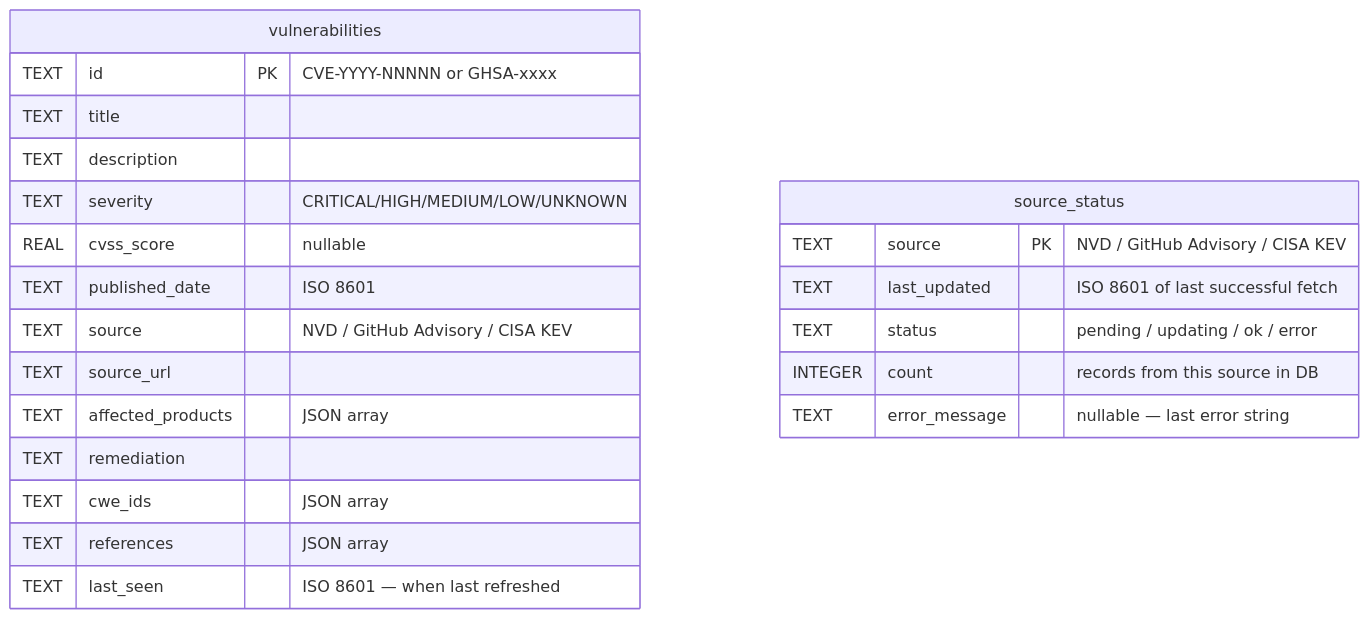
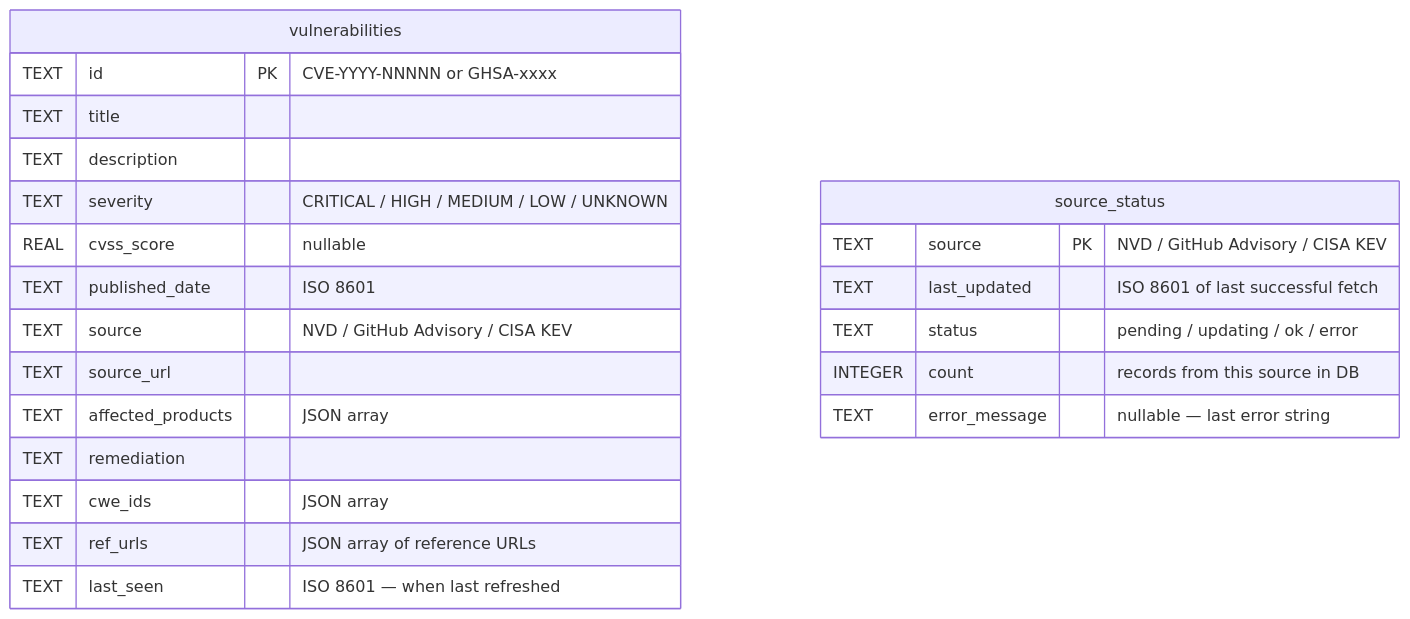
One commit to rampeand/vuln-tracker changed the third of 4 diagrams in ARCHITECTURE.md. Above: the diagram before and after it, drawn with Mermaid. The commit also changed other lines of this file and 1 other file, not shown here.

First line of the commit message:
Rewrite README and ARCHITECTURE docs with corrections and visuals

````diff
--- a/ARCHITECTURE.md
+++ b/ARCHITECTURE.md
@@ -146,26 +146,26 @@
 ```mermaid
 erDiagram
     vulnerabilities {
         TEXT id PK "CVE-YYYY-NNNNN or GHSA-xxxx"
         TEXT title
         TEXT description
-        TEXT severity "CRITICAL/HIGH/MEDIUM/LOW/UNKNOWN"
+        TEXT severity "CRITICAL / HIGH / MEDIUM / LOW / UNKNOWN"
         REAL cvss_score "nullable"
         TEXT published_date "ISO 8601"
         TEXT source "NVD / GitHub Advisory / CISA KEV"
         TEXT source_url
         TEXT affected_products "JSON array"
         TEXT remediation
         TEXT cwe_ids "JSON array"
-        TEXT references "JSON array"
+        TEXT ref_urls "JSON array of reference URLs"
         TEXT last_seen "ISO 8601 — when last refreshed"
     }
 
     source_status {
         TEXT source PK "NVD / GitHub Advisory / CISA KEV"
         TEXT last_updated "ISO 8601 of last successful fetch"
         TEXT status "pending / updating / ok / error"
         INTEGER count "records from this source in DB"
         TEXT error_message "nullable — last error string"
     }
 ```
````
